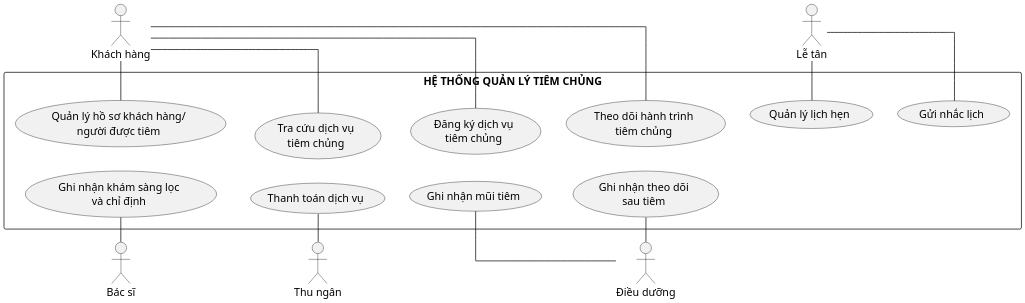
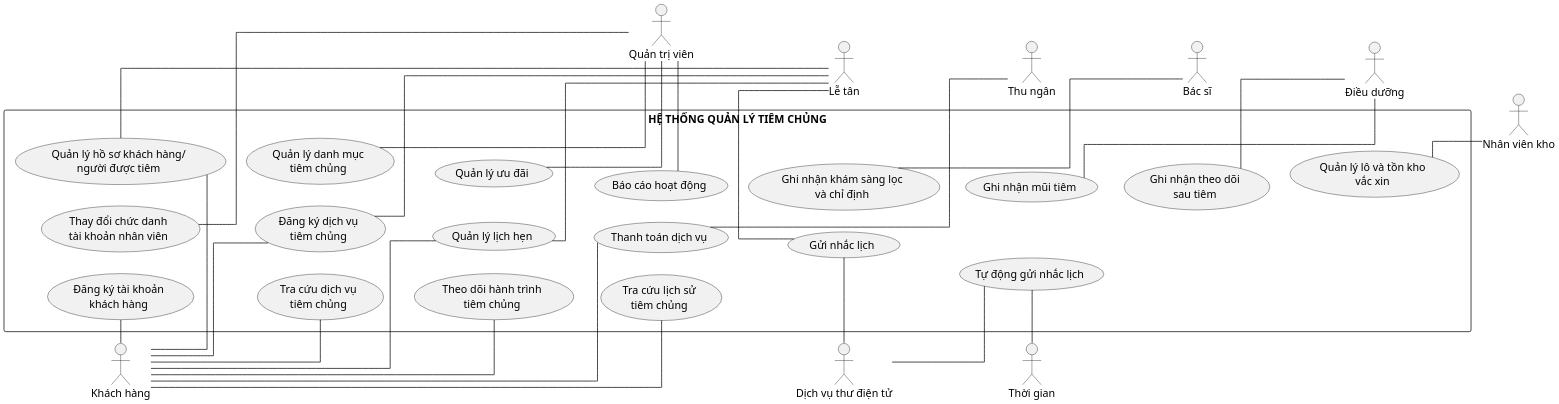
Before and after one commit to datngo1203/KLCN-QuanLyTiemChung: the diagram in docs/thesis/uml/Hinh_2_9_System_Use_Case_Tong_Quan.puml, drawn with PlantUML.

Commit message:
docs: finalize 18-UC system use case overview

```diff
--- a/docs/thesis/uml/Hinh_2_9_System_Use_Case_Tong_Quan.puml
+++ b/docs/thesis/uml/Hinh_2_9_System_Use_Case_Tong_Quan.puml
@@ -1,82 +1,127 @@
 @startuml
-' THESIS-R1 — Hình 2.9 System Use Case summary
-' Visual contract: approved layout prototype v3.
-' Semantic model is locked in SCOPE.md.
+' THESIS-R1 — Hình 2.9 System Use Case tổng quan
+' Supervisor presentation rule: omit common authentication use cases from this overview.
+' Canonical presentation: 18 visible System Use Cases / 9 visible actors / 24 direct associations.
+' UC aliases remain internal for traceability; visible labels omit UC01..UC21 codes.
+' No include / extend / UC generalization in this overview.
+
 skinparam monochrome true
 skinparam shadowing false
 skinparam backgroundColor white
 skinparam defaultFontName "Times New Roman"
 skinparam defaultFontSize 15
 skinparam ArrowColor black
 skinparam ActorBorderColor black
 skinparam UsecaseBorderColor black
 skinparam RectangleBorderColor black
 skinparam linetype ortho
-skinparam nodesep 34
-skinparam ranksep 34
+skinparam nodesep 30
+skinparam ranksep 28
 skinparam dpi 180
 
 left to right direction
 
 actor "Khách hàng" as Customer
-actor "Lễ tân" as Reception
+actor "Dịch vụ thư điện tử" as Email
+actor "Thời gian" as Time
 
 rectangle "HỆ THỐNG QUẢN LÝ TIÊM CHỦNG" as SystemBoundary {
+  usecase "Đăng ký tài khoản\nkhách hàng" as UC01
+  usecase "Tra cứu dịch vụ\ntiêm chủng" as UC10
+  usecase "Theo dõi hành trình\ntiêm chủng" as UC19
+  usecase "Tra cứu lịch sử\ntiêm chủng" as UC20
+
   usecase "Quản lý hồ sơ khách hàng/\nngười được tiêm" as UC09
-  usecase "Tra cứu dịch vụ\ntiêm chủng" as UC10
   usecase "Đăng ký dịch vụ\ntiêm chủng" as UC11
-  usecase "Theo dõi hành trình\ntiêm chủng" as UC19
+  usecase "Quản lý lịch hẹn" as UC12
+  usecase "Thanh toán dịch vụ" as UC16
+  usecase "Gửi nhắc lịch" as UC13
+  usecase "Tự động gửi nhắc lịch" as UC14
 
-  usecase "Quản lý lịch hẹn" as UC12
-  usecase "Gửi nhắc lịch" as UC13
-
+  usecase "Thay đổi chức danh\ntài khoản nhân viên" as UC05
+  usecase "Quản lý danh mục\ntiêm chủng" as UC06
+  usecase "Quản lý ưu đãi" as UC07
+  usecase "Báo cáo hoạt động" as UC21
   usecase "Ghi nhận khám sàng lọc\nvà chỉ định" as UC15
-  usecase "Thanh toán dịch vụ" as UC16
   usecase "Ghi nhận mũi tiêm" as UC17
   usecase "Ghi nhận theo dõi\nsau tiêm" as UC18
+  usecase "Quản lý lô và tồn kho\nvắc xin" as UC08
 
-  ' Left-side customer stack.
-  UC09 -[hidden]down- UC10
-  UC10 -[hidden]down- UC11
-  UC11 -[hidden]down- UC19
+  ' Layout helpers only; no semantic meaning.
+  UC01 -[hidden]down- UC10
+  UC10 -[hidden]down- UC19
+  UC19 -[hidden]down- UC20
 
-  ' Reception stack below customer stack.
-  UC19 -[hidden]down- UC12
-  UC12 -[hidden]down- UC13
+  UC09 -[hidden]down- UC11
+  UC11 -[hidden]down- UC12
+  UC12 -[hidden]down- UC16
+  UC16 -[hidden]down- UC13
+  UC13 -[hidden]down- UC14
 
-  ' Right-side clinical stack.
-  UC15 -[hidden]down- UC16
-  UC16 -[hidden]down- UC17
+  UC05 -[hidden]down- UC06
+  UC06 -[hidden]down- UC07
+  UC07 -[hidden]down- UC21
+  UC21 -[hidden]down- UC15
+  UC15 -[hidden]down- UC17
   UC17 -[hidden]down- UC18
+  UC18 -[hidden]down- UC08
 
-  ' Keep clinical cluster to the right.
-  UC09 -[hidden]right- UC15
-  UC10 -[hidden]right- UC16
-  UC11 -[hidden]right- UC17
-  UC19 -[hidden]right- UC18
+  UC01 -[hidden]right- UC09
+  UC09 -[hidden]right- UC05
+  UC10 -[hidden]right- UC11
+  UC11 -[hidden]right- UC06
+  UC19 -[hidden]right- UC12
+  UC12 -[hidden]right- UC07
+  UC20 -[hidden]right- UC16
+  UC16 -[hidden]right- UC21
+  UC13 -[hidden]right- UC15
+  UC14 -[hidden]right- UC17
 }
 
+actor "Quản trị viên" as Admin
+actor "Lễ tân" as Reception
+actor "Thu ngân" as Cashier
 actor "Bác sĩ" as Doctor
-actor "Thu ngân" as Cashier
 actor "Điều dưỡng" as Nurse
+actor "Nhân viên kho" as Warehouse
 
-' Actor column ordering only.
-Customer -[hidden]down- Reception
-Doctor -[hidden]down- Cashier
-Cashier -[hidden]down- Nurse
+Customer -[hidden]down- Email
+Email -[hidden]down- Time
 
-' Primary/representative actor associations only.
+Admin -[hidden]down- Reception
+Reception -[hidden]down- Cashier
+Cashier -[hidden]down- Doctor
+Doctor -[hidden]down- Nurse
+Nurse -[hidden]down- Warehouse
+
+' 24 direct actor–UC associations.
+Customer -right- UC01
 Customer -right- UC09
 Customer -right- UC10
 Customer -right- UC11
+Customer -right- UC12
+Customer -right- UC16
 Customer -right- UC19
+Customer -right- UC20
 
-Reception -right- UC12
-Reception -right- UC13
+UC09 -right- Reception
+UC11 -right- Reception
+UC12 -right- Reception
+UC13 -right- Reception
 
+UC05 -right- Admin
+UC06 -right- Admin
+UC07 -right- Admin
+UC21 -right- Admin
+
+UC16 -right- Cashier
 UC15 -right- Doctor
-UC16 -right- Cashier
 UC17 -right- Nurse
 UC18 -right- Nurse
+UC08 -right- Warehouse
+
+Email -right- UC13
+Email -right- UC14
+Time -right- UC14
 
 @enduml
```
